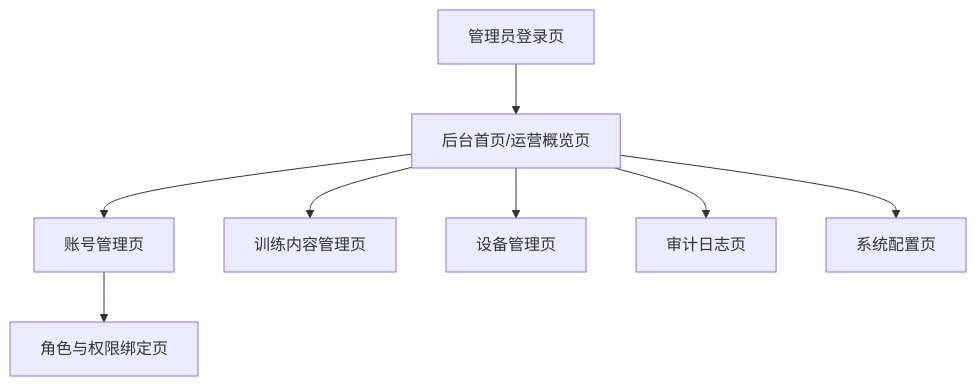
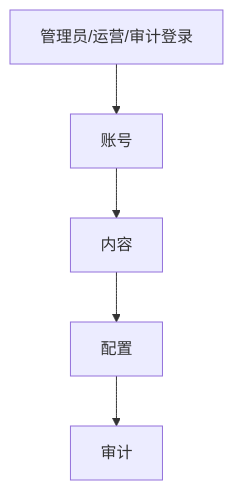
One commit to boyufan666/cuddly-octo-barnacle changed the fourth of 4 diagrams in docs/rehab-platform-role-flows-and-pages.md. Above: the diagram before and after it, drawn with Mermaid. The commit also changed other lines of this file and 599 other files, not shown here.

````diff
--- a/docs/rehab-platform-role-flows-and-pages.md
+++ b/docs/rehab-platform-role-flows-and-pages.md
@@ -258,10 +250,7 @@
 ```mermaid
 flowchart TD
-    A["管理员登录页"] --> B["后台首页/运营概览页"]
-    B --> C["账号管理页"]
-    C --> D["角色与权限绑定页"]
-    B --> E["训练内容管理页"]
-    B --> F["设备管理页"]
-    B --> G["审计日志页"]
-    B --> H["系统配置页"]
+    A["管理员/运营/审计登录"] --> B["账号"]
+    B --> C["内容"]
+    C --> D["配置"]
+    D --> E["审计"]
 ```
````
